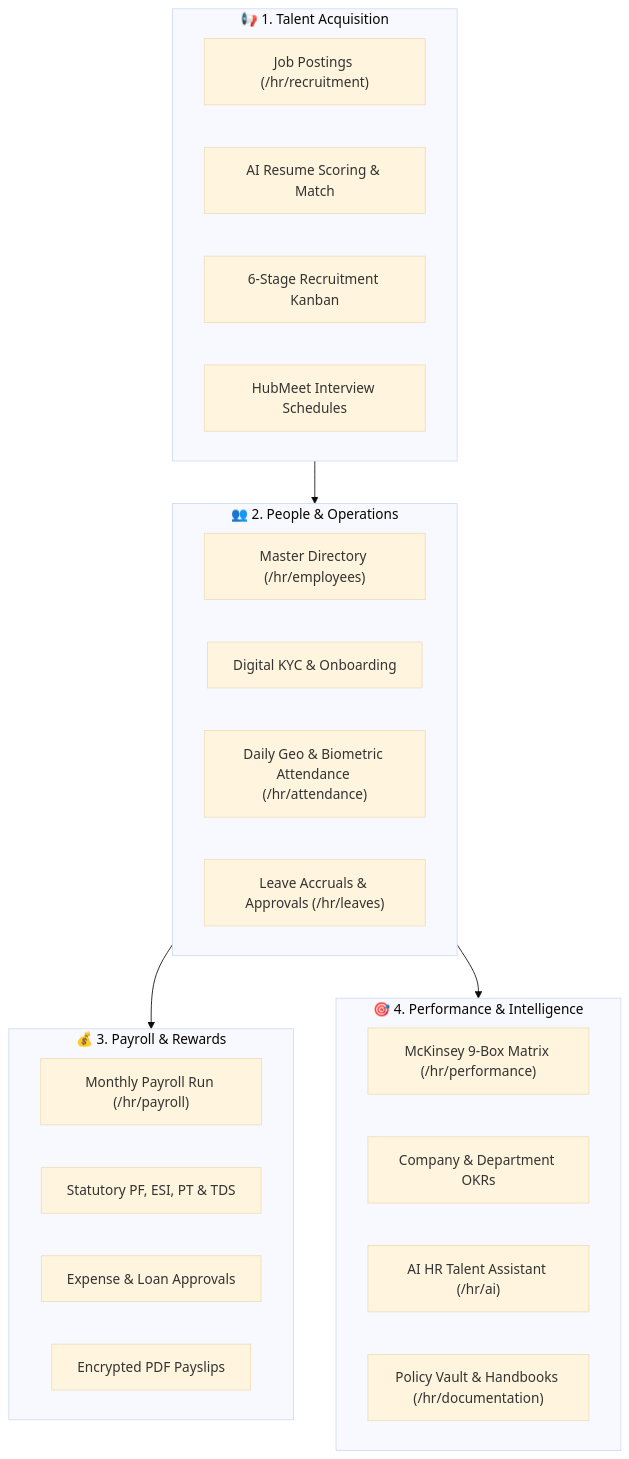
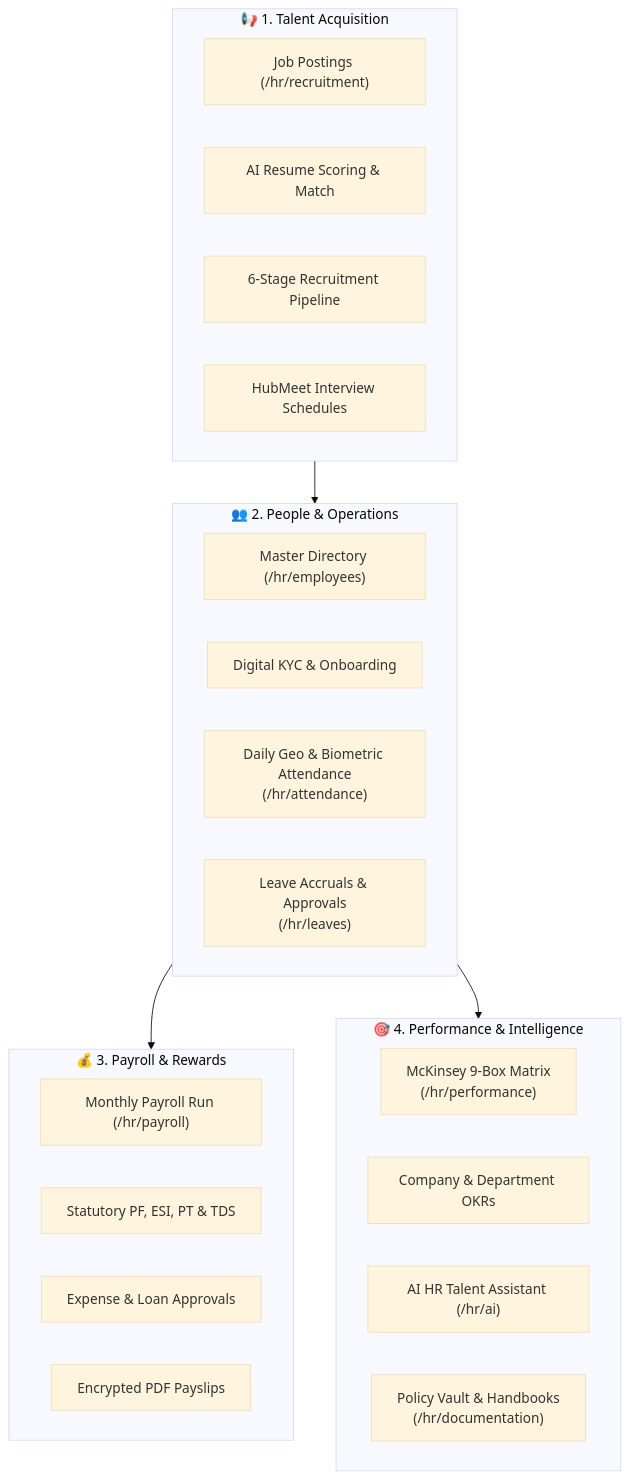
The diagram in docs/hrms-hr/index.md (SRJ-GROUP/hubnest_user_guide), drawn with Mermaid (base theme) before and after one commit. The commit also changed 161 other files, not shown here.

Commit message:
feat: complete HubMeet suite, supervisor portal docs, diagram fixes, and interactive eye-button zoom modal

````diff
--- a/docs/hrms-hr/index.md
+++ b/docs/hrms-hr/index.md
@@ -16,34 +16,34 @@
 ```mermaid
 graph TD
     subgraph Sourcing["📢 1. Talent Acquisition"]
         Jobs["Job Postings (/hr/recruitment)"]
         AI_Screen["AI Resume Scoring & Match"]
-        Kanban["6-Stage Recruitment Kanban"]
+        Pipeline["6-Stage Recruitment Pipeline"]
         Meet["HubMeet Interview Schedules"]
     end
 
     subgraph Operations["👥 2. People & Operations"]
         EmpMaster["Master Directory (/hr/employees)"]
         Onboard["Digital KYC & Onboarding"]
-        Att["Daily Geo & Biometric Attendance (/hr/attendance)"]
-        Leaves["Leave Accruals & Approvals (/hr/leaves)"]
+        Att["Daily Geo & Biometric Attendance<br/>(/hr/attendance)"]
+        Leaves["Leave Accruals & Approvals<br/>(/hr/leaves)"]
     end
 
     subgraph Finance["💰 3. Payroll & Rewards"]
         PayRun["Monthly Payroll Run (/hr/payroll)"]
         Stat["Statutory PF, ESI, PT & TDS"]
         Claims["Expense & Loan Approvals"]
         Payslips["Encrypted PDF Payslips"]
     end
 
     subgraph Strategy["🎯 4. Performance & Intelligence"]
-        NineBox["McKinsey 9-Box Matrix (/hr/performance)"]
+        NineBox["McKinsey 9-Box Matrix<br/>(/hr/performance)"]
         OKRs["Company & Department OKRs"]
         AICons["AI HR Talent Assistant (/hr/ai)"]
-        Docs["Policy Vault & Handbooks (/hr/documentation)"]
+        Docs["Policy Vault & Handbooks<br/>(/hr/documentation)"]
     end
 
     Sourcing --> Operations
     Operations --> Finance
     Operations --> Strategy
 ```
````
